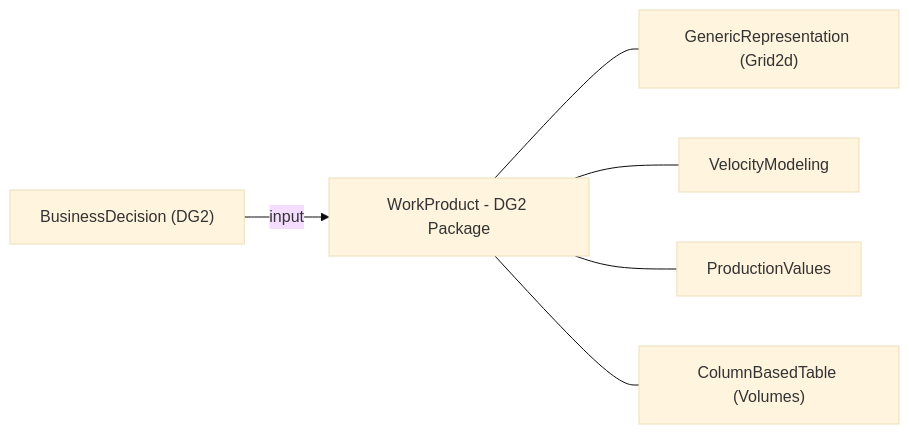
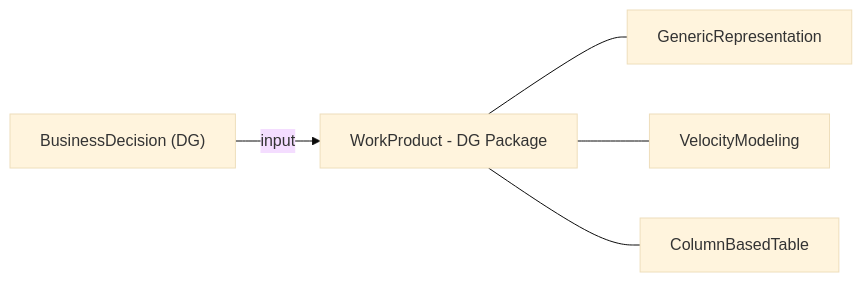
Before and after one commit to marcusapel/ores: the second of 2 diagrams in md/BusinessDecision.md, drawn with Mermaid (base theme). The commit also changed other lines of this file and 7 other files, not shown here.

````diff
--- a/md/BusinessDecision.md
+++ b/md/BusinessDecision.md
@@ -143,15 +90,13 @@
 ```mermaid
 graph LR
-  BD["BusinessDecision (DG2)"]
-  WP["WorkProduct - DG2 Package"]
-  GR["GenericRepresentation (Grid2d)"]
+  BD["BusinessDecision (DG)"]
+  WP["WorkProduct - DG Package"]
+  GR["GenericRepresentation"]
   VM["VelocityModeling"]
-  PV["ProductionValues"]
-  CBT["ColumnBasedTable (Volumes)"]
+  CBT["ColumnBasedTable"]
 
   BD -- input --> WP
   WP --- GR
   WP --- VM
-  WP --- PV
   WP --- CBT
 ```
````
